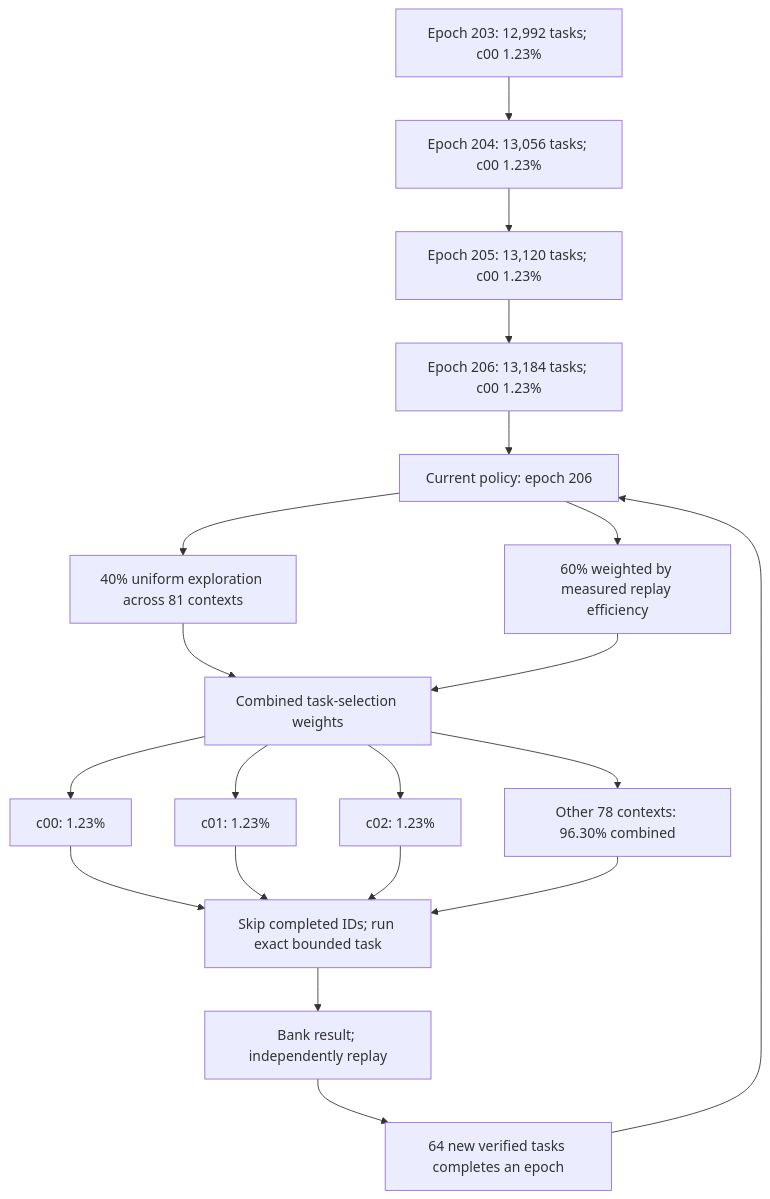
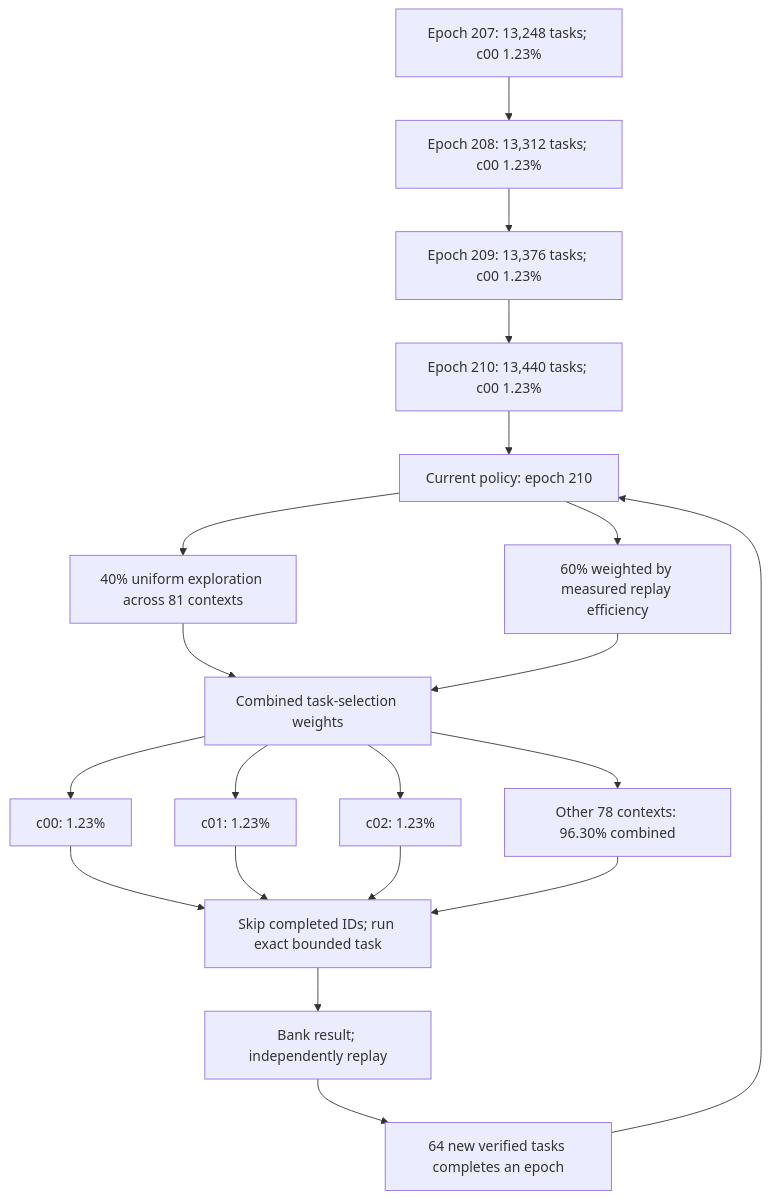
One commit to Kuberwastaken/math-gambling changed the diagram in README.md. Above: the diagram before and after it, drawn with Mermaid. The commit also changed other lines of this file and 596 other files, not shown here.

````diff
--- a/README.md
+++ b/README.md
@@ -49,27 +49,27 @@
 ```mermaid
 flowchart TD
-    H0["Epoch 203: 12,992 tasks; c00 1.23%"]
-    H1["Epoch 204: 13,056 tasks; c00 1.23%"]
+    H0["Epoch 207: 13,248 tasks; c00 1.23%"]
+    H1["Epoch 208: 13,312 tasks; c00 1.23%"]
     H0 --> H1
-    H2["Epoch 205: 13,120 tasks; c00 1.23%"]
+    H2["Epoch 209: 13,376 tasks; c00 1.23%"]
     H1 --> H2
-    H3["Epoch 206: 13,184 tasks; c00 1.23%"]
+    H3["Epoch 210: 13,440 tasks; c00 1.23%"]
     H2 --> H3
-    Policy["Current policy: epoch 206"]
+    Policy["Current policy: epoch 210"]
     H3 --> Policy
     Policy --> Explore["40% uniform exploration across 81 contexts"]
     Policy --> Cost["60% weighted by measured replay efficiency"]
     Explore --> Mix["Combined task-selection weights"]
     Cost --> Mix
     Mix --> C0["c00: 1.23%"]
     Mix --> C1["c01: 1.23%"]
     Mix --> C2["c02: 1.23%"]
     Mix --> Rest["Other 78 contexts: 96.30% combined"]
     C0 --> Check["Skip completed IDs; run exact bounded task"]
     C1 --> Check
     C2 --> Check
     Rest --> Check
     Check --> Replay["Bank result; independently replay"]
     Replay --> Gate["64 new verified tasks completes an epoch"]
     Gate --> Policy
 ```
````
